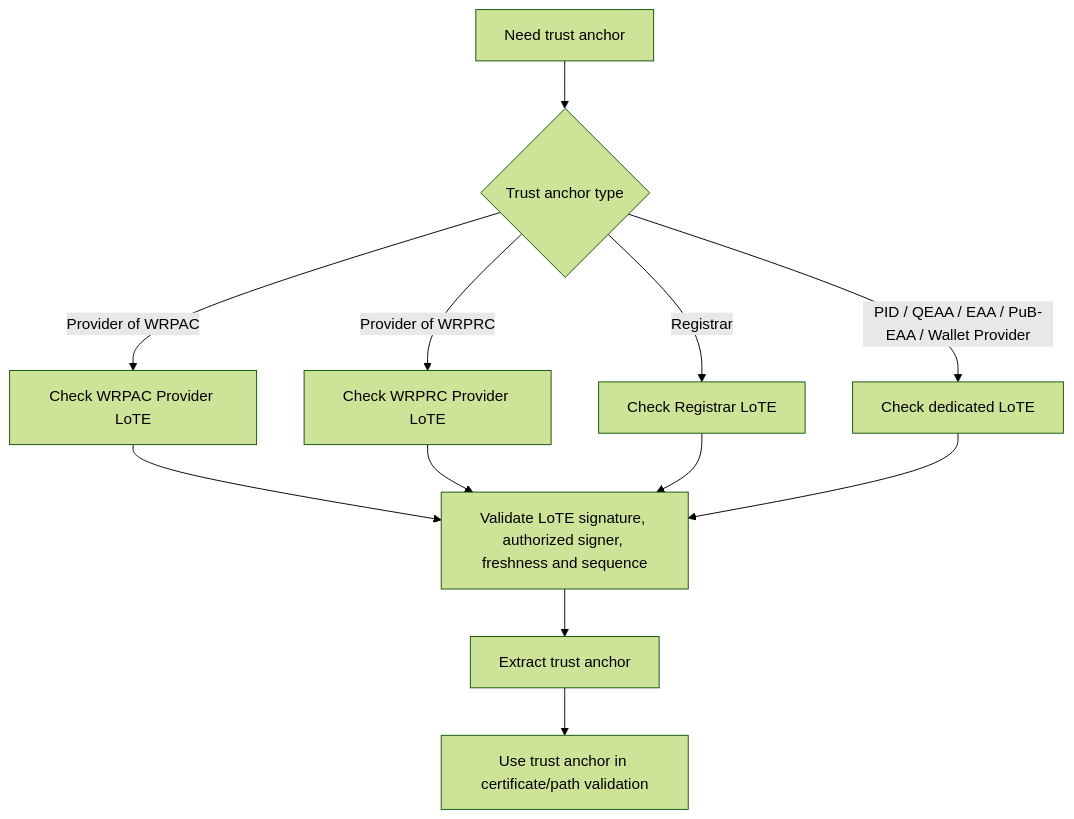
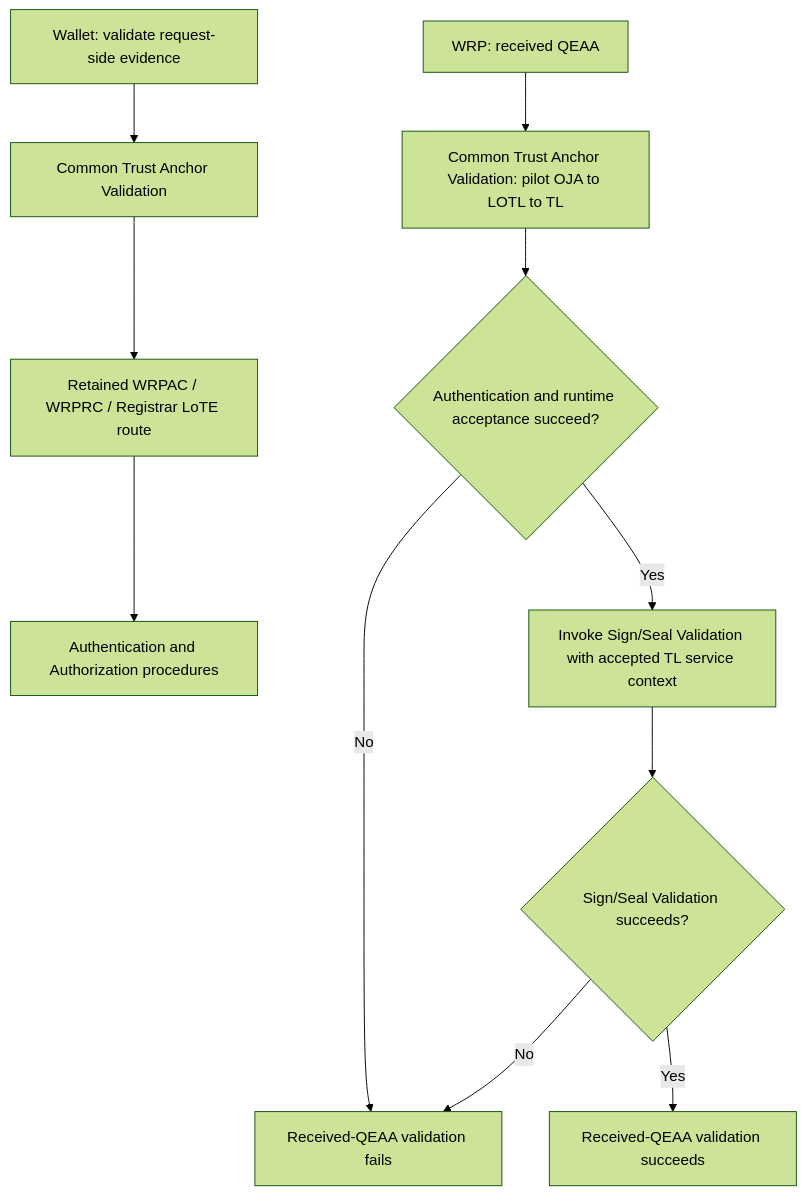
One commit to APTITUDE-Consortium/wp2-trust-specifications changed the fourth of 4 diagrams in docs/topics/trust-checks-presentation.md. Above: the diagram before and after it, drawn with Mermaid (forest theme). The commit also changed other lines of this file and 1 other file, not shown here.

````diff
--- a/docs/topics/trust-checks-presentation.md
+++ b/docs/topics/trust-checks-presentation.md
@@ -430,14 +434,13 @@
 ```mermaid
 flowchart TD
-A[Need trust anchor] --> B{Trust anchor type}
-B -->|Provider of WRPAC| L1[Check WRPAC Provider LoTE]
-B -->|Provider of WRPRC| L2[Check WRPRC Provider LoTE]
-B -->|Registrar| L3[Check Registrar LoTE]
-B -->|PID / QEAA / EAA / PuB-EAA / Wallet Provider| L4[Check dedicated LoTE]
-L1 --> V[Validate LoTE signature, authorized signer, freshness and sequence]
-L2 --> V
-L3 --> V
-L4 --> V
-V --> TA[Extract trust anchor]
-TA --> Use[Use trust anchor in certificate/path validation]
+A[Wallet: validate request-side evidence] --> B[Common Trust Anchor Validation]
+B --> L[Retained WRPAC / WRPRC / Registrar LoTE route]
+L --> R[Authentication and Authorization procedures]
+Q[WRP: received QEAA] --> D[Common Trust Anchor Validation: pilot OJA to LOTL to TL]
+D --> H{Authentication and runtime acceptance succeed?}
+H -->|No| F[Received-QEAA validation fails]
+H -->|Yes| S[Invoke Sign/Seal Validation with accepted TL service context]
+S --> V{Sign/Seal Validation succeeds?}
+V -->|No| F
+V -->|Yes| P[Received-QEAA validation succeeds]
 ```
````
